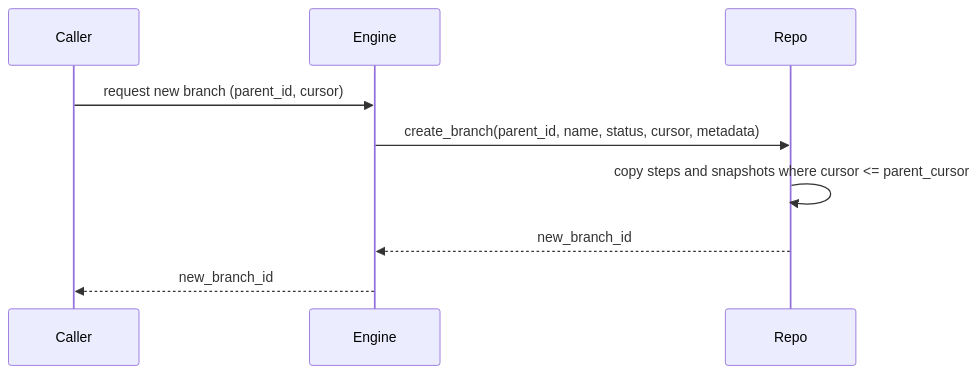
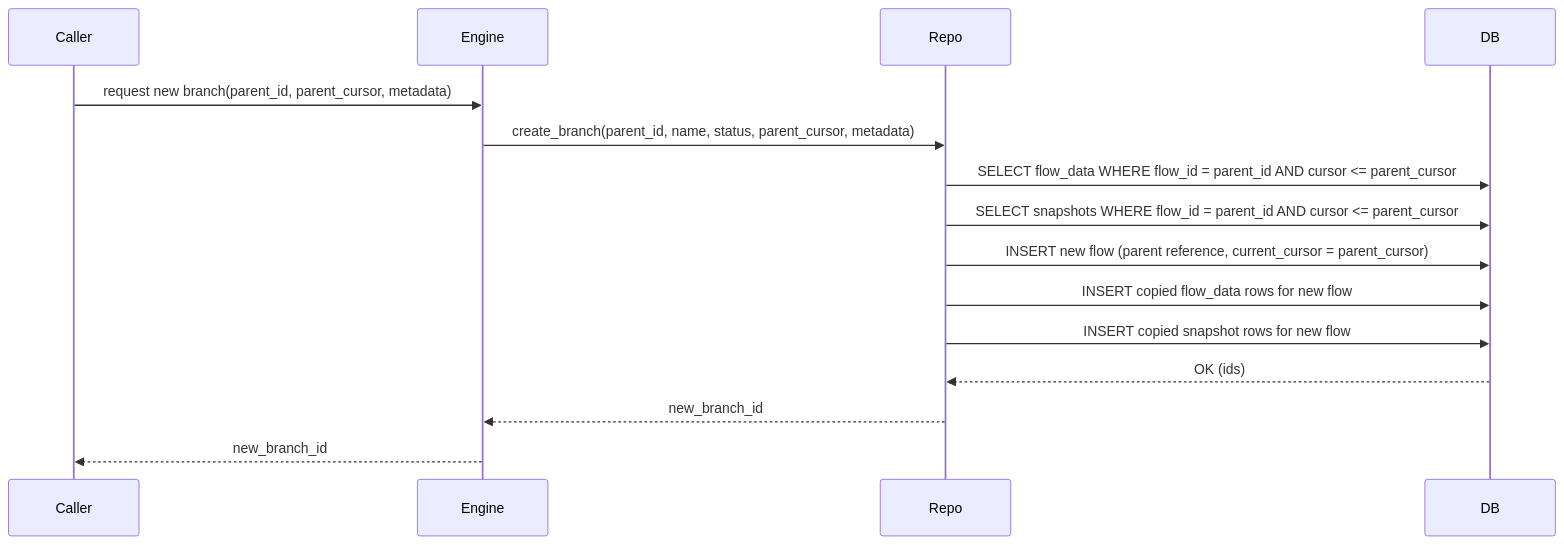
Before and after one commit to chem-gl/chem-flow: the second of 2 diagrams in crates/flow/README.md, drawn with Mermaid. The commit also changed other lines of this file and 14 other files, not shown here.

````diff
--- a/crates/flow/README.md
+++ b/crates/flow/README.md
@@ -43,11 +56,18 @@
 ```mermaid
 sequenceDiagram
-    participant Caller
-    participant Engine
-    participant Repo
-    Caller->>Engine: request new branch (parent_id, cursor)
-    Engine->>Repo: create_branch(parent_id, name, status, cursor, metadata)
-    Repo->>Repo: copy steps and snapshots where cursor <= parent_cursor
-    Repo-->>Engine: new_branch_id
-    Engine-->>Caller: new_branch_id
+  participant Caller
+  participant Engine
+  participant Repo
+  participant DB
+
+  Caller->>Engine: request new branch(parent_id, parent_cursor, metadata)
+  Engine->>Repo: create_branch(parent_id, name, status, parent_cursor, metadata)
+  Repo->>DB: SELECT flow_data WHERE flow_id = parent_id AND cursor <= parent_cursor
+  Repo->>DB: SELECT snapshots WHERE flow_id = parent_id AND cursor <= parent_cursor
+  Repo->>DB: INSERT new flow (parent reference, current_cursor = parent_cursor)
+  Repo->>DB: INSERT copied flow_data rows for new flow
+  Repo->>DB: INSERT copied snapshot rows for new flow
+  DB-->>Repo: OK (ids)
+  Repo-->>Engine: new_branch_id
+  Engine-->>Caller: new_branch_id
 ```
````
